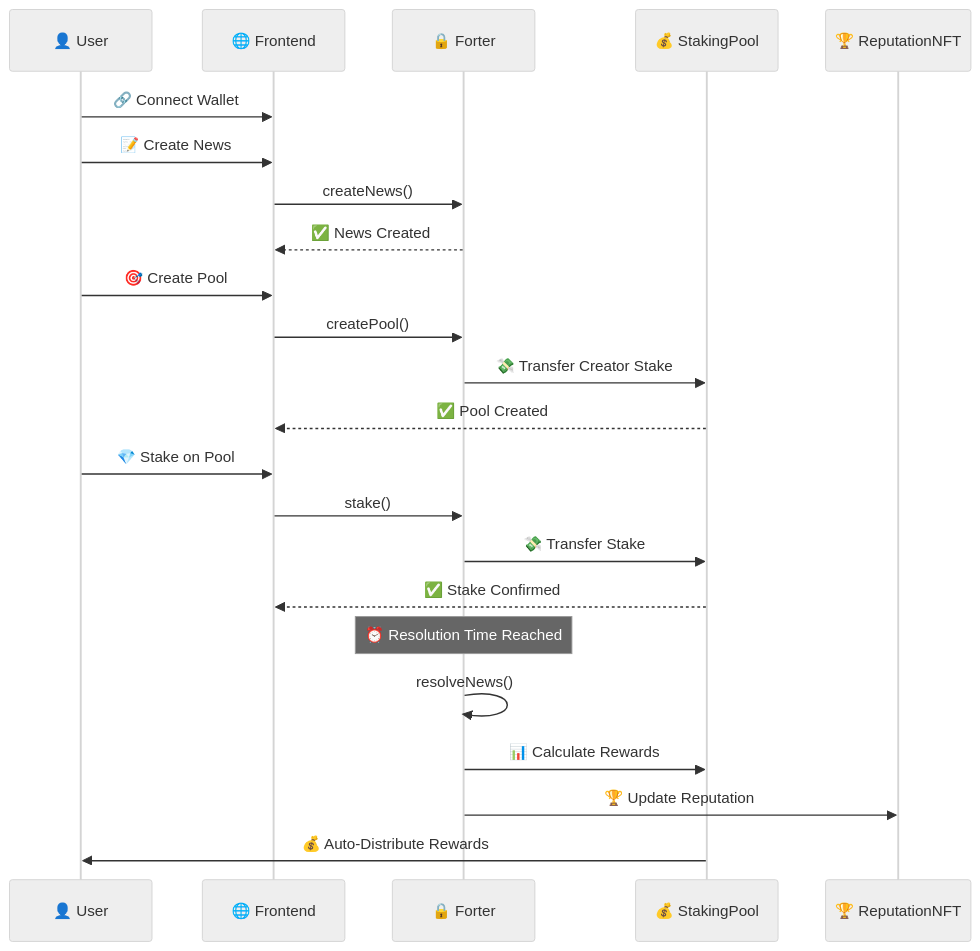
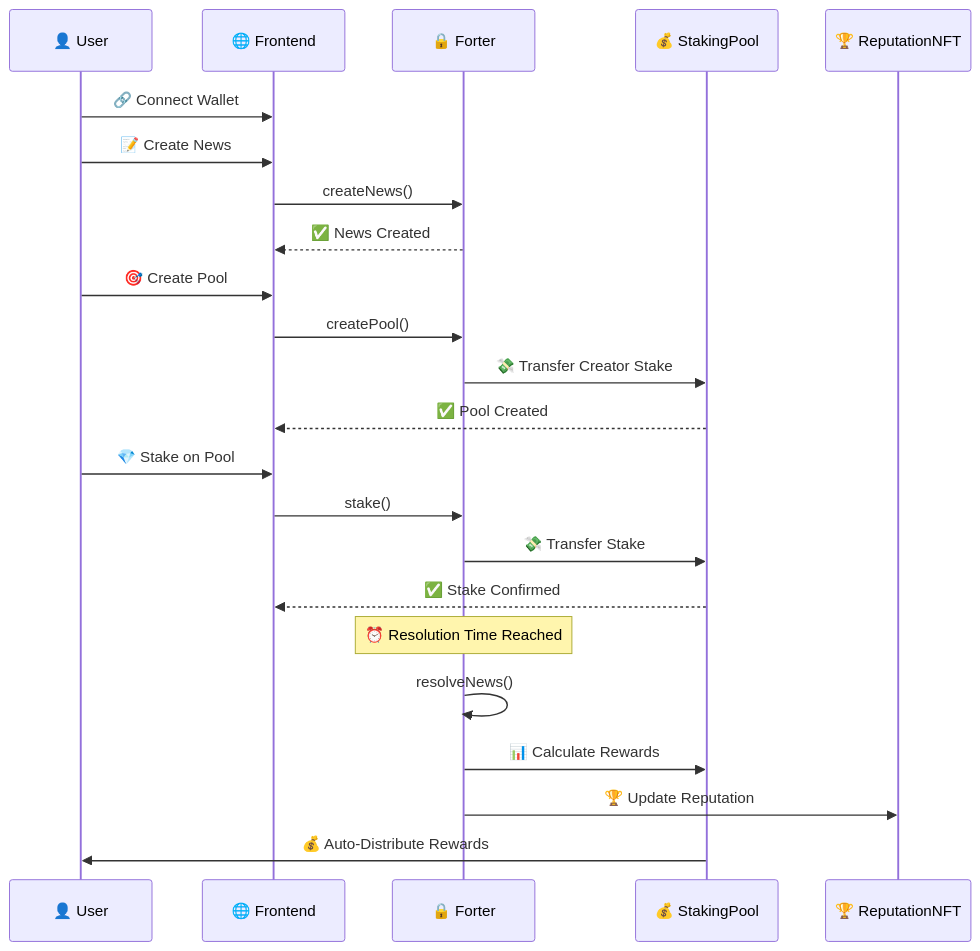
The second of 2 diagrams in README.MD (luthfidi/forter-news), drawn with Mermaid before and after one commit. The commit also changed other lines of this file, not shown here.

````diff
--- a/README.MD
+++ b/README.MD
@@ -238,30 +222,30 @@
 ```mermaid
-%%{init: {'theme': 'neutral'}}%%
+%%{init: {'theme': 'default'}}%%
 sequenceDiagram
     participant User as 👤 User
     participant Frontend as 🌐 Frontend
     participant Forter as 🔒 Forter
     participant StakingPool as 💰 StakingPool
     participant ReputationNFT as 🏆 ReputationNFT
 
     User->>Frontend: 🔗 Connect Wallet
     User->>Frontend: 📝 Create News
     Frontend->>Forter: createNews()
     Forter-->>Frontend: ✅ News Created
 
     User->>Frontend: 🎯 Create Pool
     Frontend->>Forter: createPool()
     Forter->>StakingPool: 💸 Transfer Creator Stake
     StakingPool-->>Frontend: ✅ Pool Created
 
     User->>Frontend: 💎 Stake on Pool
     Frontend->>Forter: stake()
     Forter->>StakingPool: 💸 Transfer Stake
     StakingPool-->>Frontend: ✅ Stake Confirmed
 
     Note over Forter: ⏰ Resolution Time Reached
     Forter->>Forter: resolveNews()
     Forter->>StakingPool: 📊 Calculate Rewards
     Forter->>ReputationNFT: 🏆 Update Reputation
     StakingPool->>User: 💰 Auto-Distribute Rewards
 ```
````
